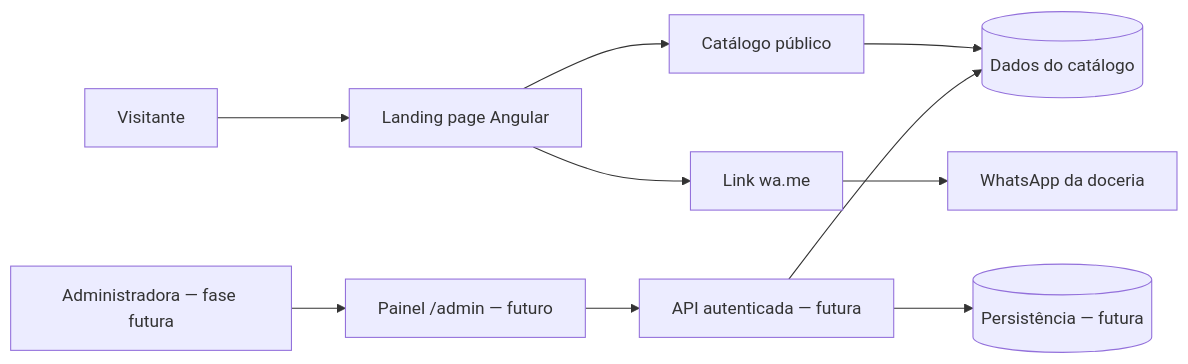
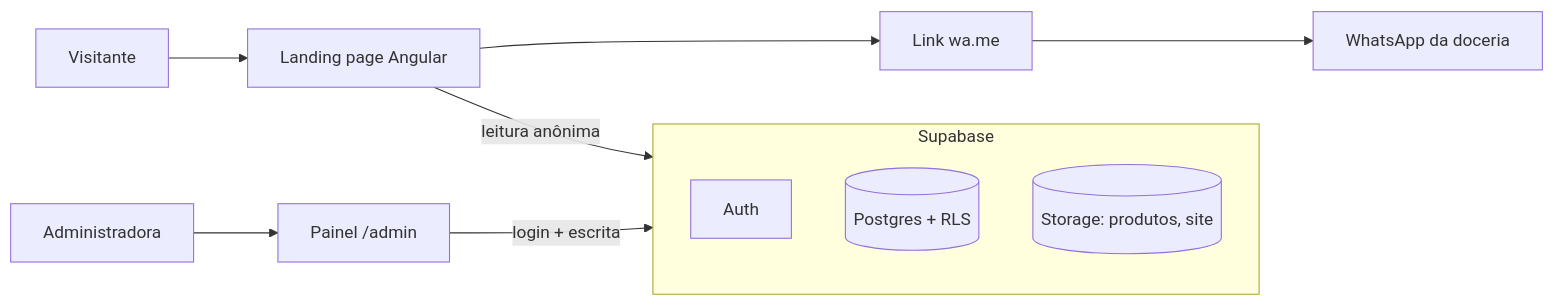
The first of 3 diagrams in ARCHITECTURE.md (KaikeDias/doceria-da-mary), drawn with Mermaid before and after one commit. The commit also changed other lines of this file and 1 other file, not shown here.

Commit message:
docs: record supabase architecture decisions and integration roadmap

````diff
--- a/ARCHITECTURE.md
+++ b/ARCHITECTURE.md
@@ -29,12 +29,14 @@
 ```mermaid
 flowchart LR
     V[Visitante] --> LP[Landing page Angular]
-    LP --> CAT[Catálogo público]
     LP --> W[Link wa.me]
     W --> WA[WhatsApp da doceria]
-    CAT --> DATA[(Dados do catálogo)]
-    A[Administradora — fase futura] --> ADM[Painel /admin — futuro]
-    ADM --> API[API autenticada — futura]
-    API --> DB[(Persistência — futura)]
-    API --> DATA
+    A[Administradora] --> ADM[Painel /admin]
+    LP -- leitura anônima --> SB
+    ADM -- login + escrita --> SB
+    subgraph SB[Supabase]
+      AUTH[Auth]
+      DB[(Postgres + RLS)]
+      ST[(Storage: produtos, site)]
+    end
 ```
````
